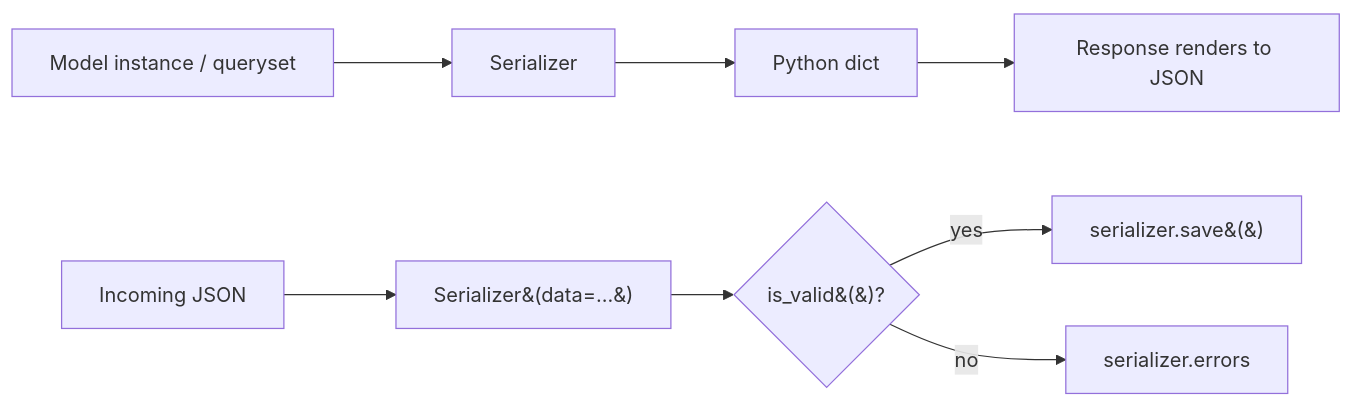
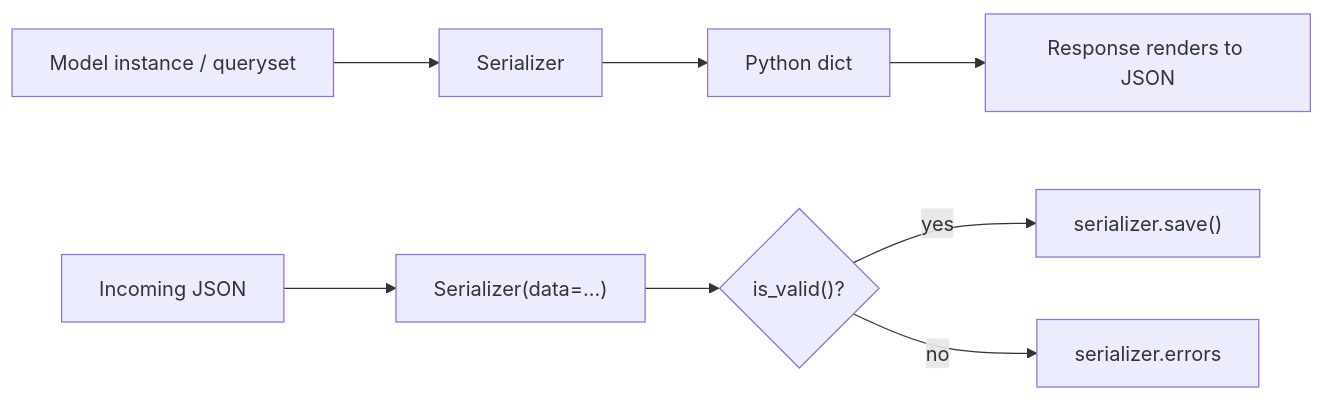
One commit to aw-junaid/bug-bounty changed the seventh of 10 diagrams in resources/vulnerabilties/api testing/From Django Admin to a Fully CRUD-able API: Everything I Learned Wiring It All Together.md. Above: the diagram before and after it, drawn with Mermaid. The commit also changed other lines of this file, not shown here.

````diff
--- a/resources/vulnerabilties/api testing/From Django Admin to a Fully CRUD-able API: Everything I Learned Wiring It All Together.md
+++ b/resources/vulnerabilties/api testing/From Django Admin to a Fully CRUD-able API: Everything I Learned Wiring It All Together.md
@@ -462,10 +462,10 @@
 ```mermaid
 flowchart LR
-    A["Model instance / queryset"] --> B[Serializer]
+    A["Model instance / queryset"] --> B["Serializer"]
     B --> C["Python dict"]
     C --> D["Response renders to JSON"]
-    E["Incoming JSON"] --> F["Serializer&#40;data=...&#41;"]
-    F --> G{is_valid&#40;&#41;?}
-    G -->|yes| H[serializer.save&#40;&#41;]
-    G -->|no| I[serializer.errors]
+    E["Incoming JSON"] --> F["Serializer(data=...)"]
+    F --> G{"is_valid()?"}
+    G -->|yes| H["serializer.save()"]
+    G -->|no| I["serializer.errors"]
 ```
````
